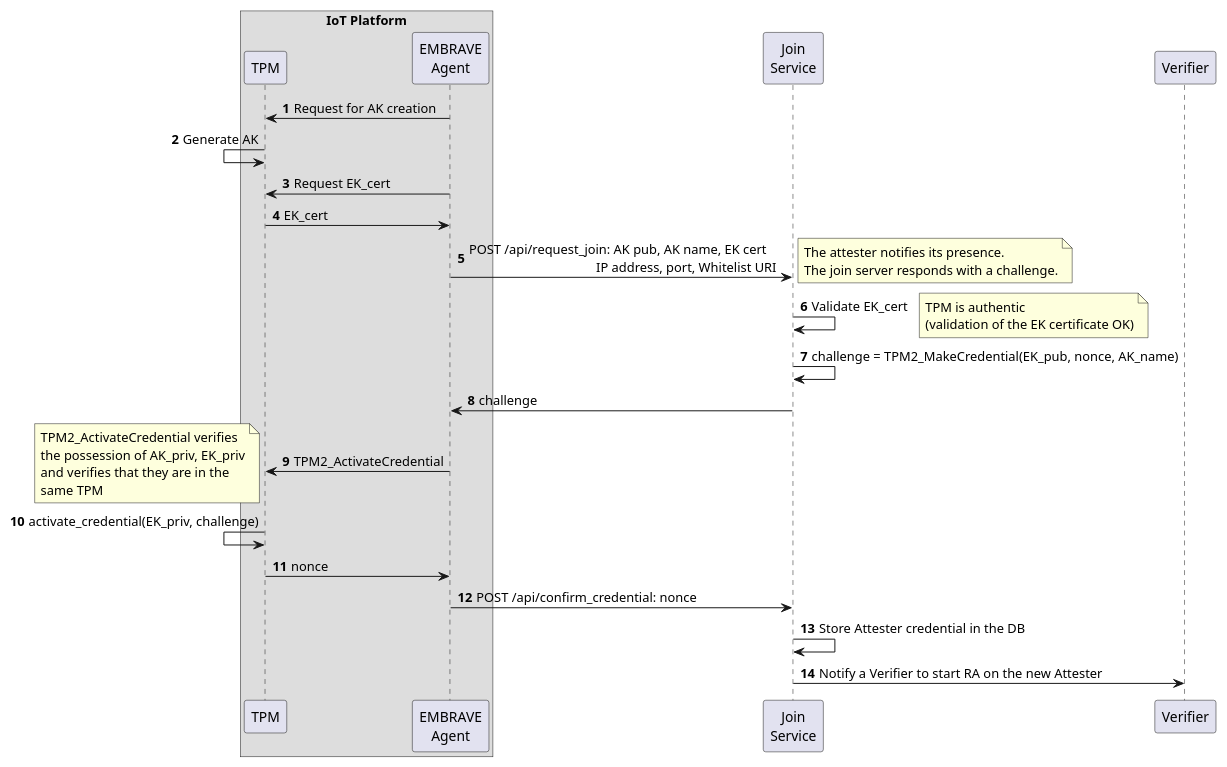
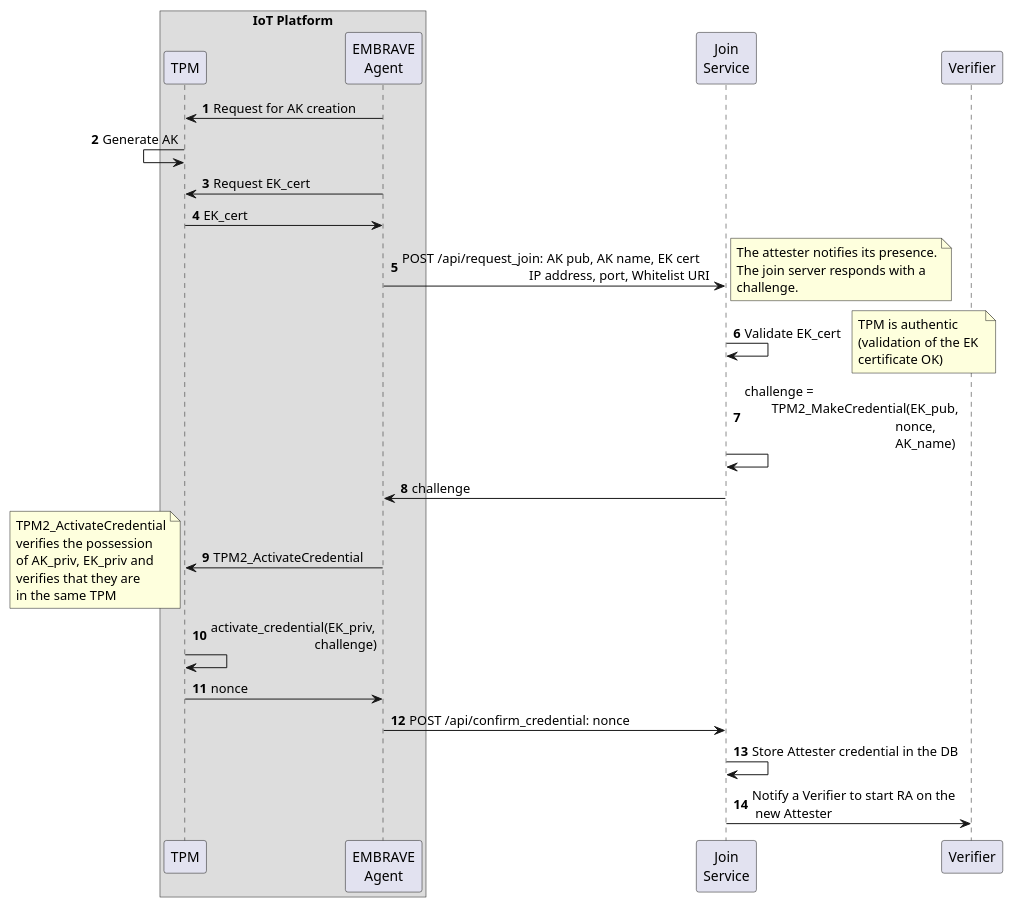
The diagram in docs/protocols/join.puml (Cybersecurity-LINKS/embrave), drawn with PlantUML before and after one commit.

```diff
--- a/docs/protocols/join.puml
+++ b/docs/protocols/join.puml
@@ -1,50 +1,52 @@
-@startuml join
+@startuml
 'title
 'Attester Join protocol
 'end title
 autonumber
 
 box "IoT Platform"
 participant TPM
 participant "EMBRAVE\nAgent" as attester_agent
 endbox
 participant "Join\nService" as join_service
 
 '== LAK creation ==
 TPM<-attester_agent: Request for AK creation
 TPM<-TPM: Generate AK
 
 '== Start Join protocol ==
 TPM<-attester_agent: Request EK_cert
 TPM->attester_agent: EK_cert
 attester_agent->join_service: POST /api/request_join: AK pub, AK name, EK cert\n                                      IP address, port, Whitelist URI
 note right
 The attester notifies its presence.
-The join server responds with a challenge.
+The join server responds with a 
+challenge.
 end note
 
 ' alt alredy joined
 '  join_service->attester_agent: OK
 ' else join
   join_service->join_service: Validate EK_cert
   note right
     TPM is authentic
-    (validation of the EK certificate OK)
+    (validation of the EK 
+    certificate OK)
   end note
-  join_service->join_service: challenge = TPM2_MakeCredential(EK_pub, nonce, AK_name)
+  join_service->join_service: challenge =\n        TPM2_MakeCredential(EK_pub,\n                                             nonce,\n                                             AK_name)
   attester_agent<-join_service: challenge
   TPM<-attester_agent: TPM2_ActivateCredential
   note left
-    TPM2_ActivateCredential verifies
-    the possession of AK_priv, EK_priv
-    and verifies that they are in the
-    same TPM
+    TPM2_ActivateCredential
+    verifies the possession
+    of AK_priv, EK_priv and
+    verifies that they are
+    in the same TPM
   end note
-  TPM<-TPM: activate_credential(EK_priv, challenge)
+  TPM->TPM: activate_credential(EK_priv,\n                               challenge)
   TPM->attester_agent: nonce
   attester_agent->join_service: POST /api/confirm_credential: nonce
   join_service->join_service: Store Attester credential in the DB
-  join_service->Verifier: Notify a Verifier to start RA on the new Attester
+  join_service->Verifier: Notify a Verifier to start RA on the\n new Attester
 ' end
-
 @enduml
```
